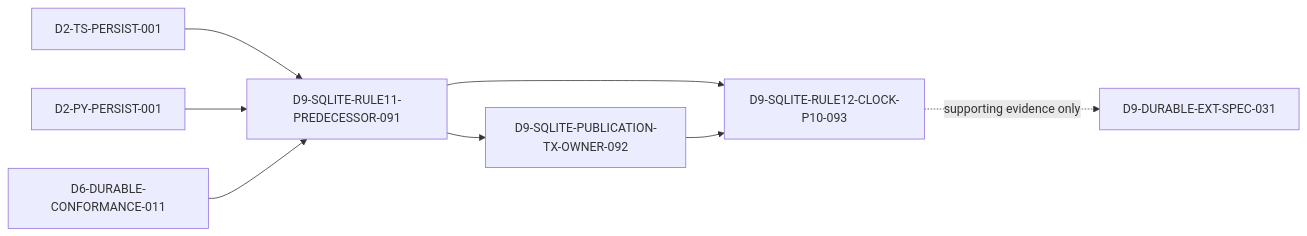
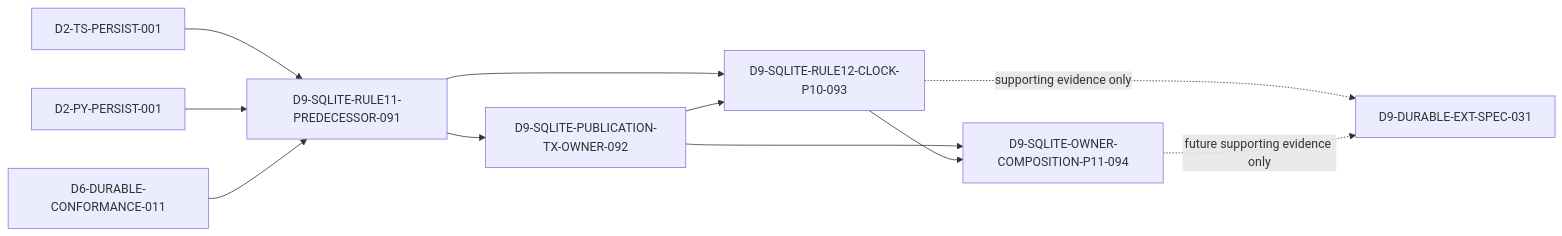
Before and after one commit to reacher-z/GraphEngineering: the second of 2 diagrams in codex_plans/delivery/task-dependency-graph.md, drawn with Mermaid. The commit also changed other lines of this file and 7 other files, not shown here.

````diff
--- a/codex_plans/delivery/task-dependency-graph.md
+++ b/codex_plans/delivery/task-dependency-graph.md
@@ -530,10 +530,13 @@
 ```mermaid
 flowchart LR
   TSP[D2-TS-PERSIST-001] --> R11[D9-SQLITE-RULE11-PREDECESSOR-091]
   PYP[D2-PY-PERSIST-001] --> R11
   DUR[D6-DURABLE-CONFORMANCE-011] --> R11
   R11 --> P9[D9-SQLITE-PUBLICATION-TX-OWNER-092]
   R11 --> P10[D9-SQLITE-RULE12-CLOCK-P10-093]
   P9 --> P10
+  P9 --> P11[D9-SQLITE-OWNER-COMPOSITION-P11-094]
+  P10 --> P11
   P10 -. supporting evidence only .-> D9X[D9-DURABLE-EXT-SPEC-031]
+  P11 -. future supporting evidence only .-> D9X
 ```
````
